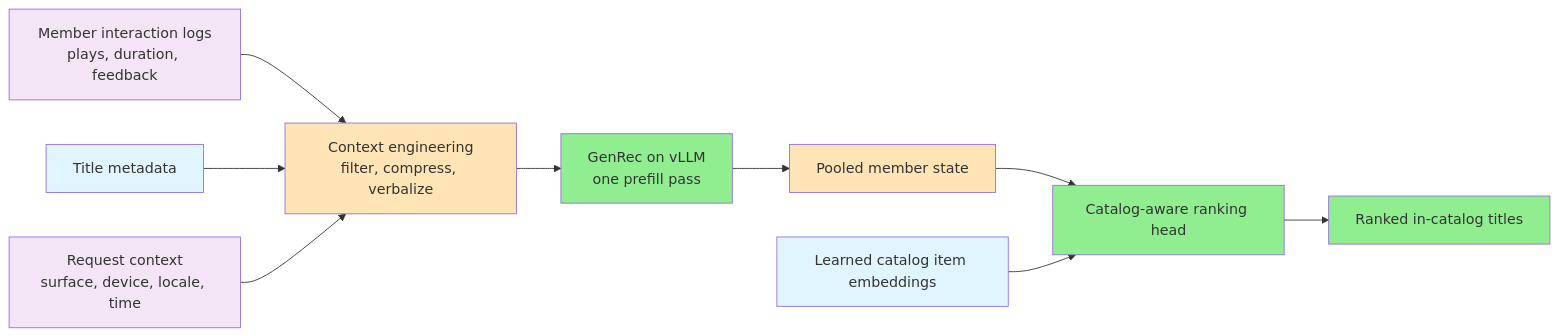
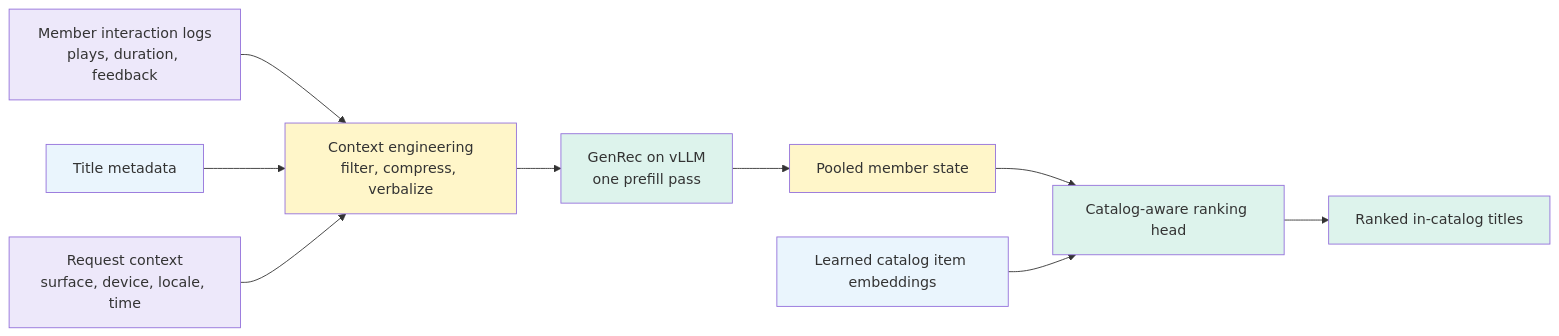
Before and after one commit to cartmancodes/InterviewVault: the first of 4 diagrams in LLD/SystemDesign/IntheWild/HowNetflixBuiltGenRecForLlmNativeRecommendation.md, drawn with Mermaid. The commit also changed other lines of this file and 679 other files, not shown here.

Commit message:
Unify content diagrams and add accessible visual walkthroughs

````diff
--- a/LLD/SystemDesign/IntheWild/HowNetflixBuiltGenRecForLlmNativeRecommendation.md
+++ b/LLD/SystemDesign/IntheWild/HowNetflixBuiltGenRecForLlmNativeRecommendation.md
@@ -25,31 +25,31 @@
 ```mermaid
 graph LR
     L["Member interaction logs<br/>plays, duration, feedback"]
     M["Title metadata"]
     R["Request context<br/>surface, device, locale, time"]
     C["Context engineering<br/>filter, compress, verbalize"]
     G["GenRec on vLLM<br/>one prefill pass"]
     P["Pooled member state"]
     H["Catalog-aware ranking head"]
     E["Learned catalog item embeddings"]
     O["Ranked in-catalog titles"]
 
     L --> C
     M --> C
     R --> C
     C --> G
     G --> P
     P --> H
     E --> H
     H --> O
 
-    style L fill:#f3e5f5
-    style M fill:#e1f5ff
-    style R fill:#f3e5f5
-    style C fill:#FFE4B5
-    style G fill:#90EE90
-    style P fill:#FFE4B5
-    style H fill:#90EE90
-    style E fill:#e1f5ff
-    style O fill:#90EE90
+    style L fill:#EDE8FA
+    style M fill:#EAF5FD
+    style R fill:#EDE8FA
+    style C fill:#FFF6C9
+    style G fill:#DDF3EC
+    style P fill:#FFF6C9
+    style H fill:#DDF3EC
+    style E fill:#EAF5FD
+    style O fill:#DDF3EC
 ```
````
